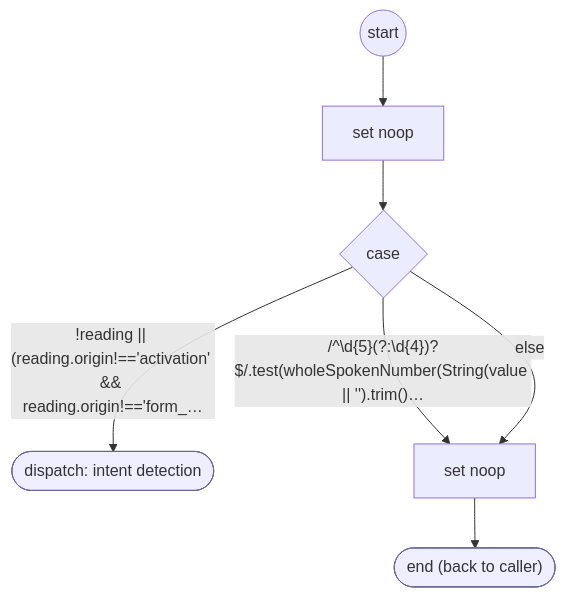
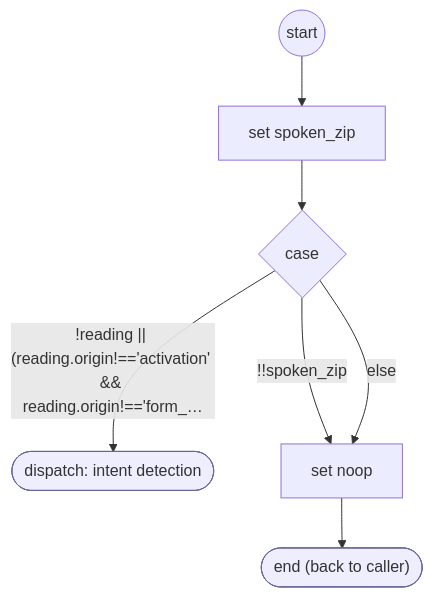
Before and after one commit to ronpinkas/jsfe: the diagram in docs/flows/shopify/shopify-ql-product-city-validate.md, drawn with Mermaid. The commit also changed 2 other files, not shown here.

Commit message:
jsfe flows: reference copy of the prod shared sets from AIDevelopment 5bfa231

````diff
--- a/docs/flows/shopify/shopify-ql-product-city-validate.md
+++ b/docs/flows/shopify/shopify-ql-product-city-validate.md
@@ -18,21 +18,21 @@
 ```mermaid
 flowchart TD
    START(("start"))
-   n0["set noop"]
+   n0["set spoken_zip"]
    START --> n0
    c1{"case"}
    n0 --> c1
    b2(["dispatch: intent detection"])
    class b2 endstep
    c1 -- "!reading #124;#124; (reading.origin!=='activation' && reading.origin!=='form_…" --> b2
    n3["set noop"]
-   c1 -- "/^\d#123;5#125;(?:\d#123;4#125;)?$/.test(wholeSpokenNumber(String(value #124;#124; '').trim()…" --> n3
+   c1 -- "!!spoken_zip" --> n3
    c1 -- "else" --> n3
    DONE(["end (back to caller)"])
    class DONE endstep
    n3 --> DONE
    classDef endstep fill:#eef,stroke:#669
    classDef toolstep fill:#efe,stroke:#696
    classDef flowstep fill:#fef6e0,stroke:#b80
    classDef inputstep fill:#f3eefc,stroke:#75a
 ```
````
